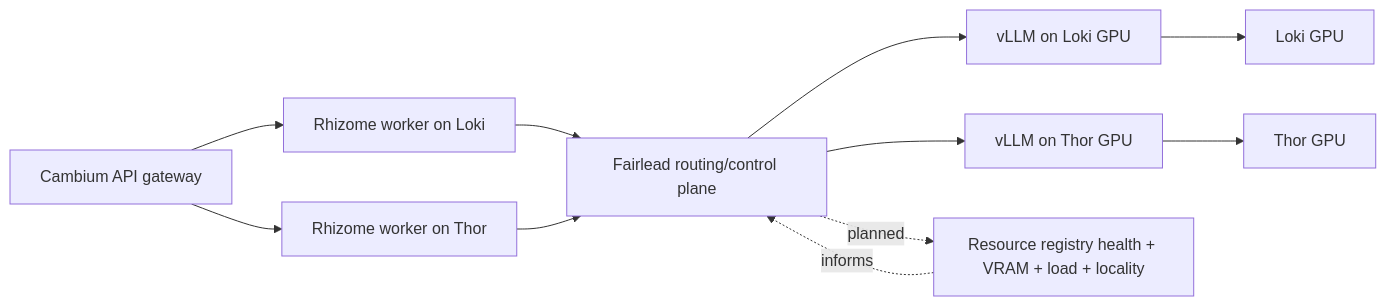
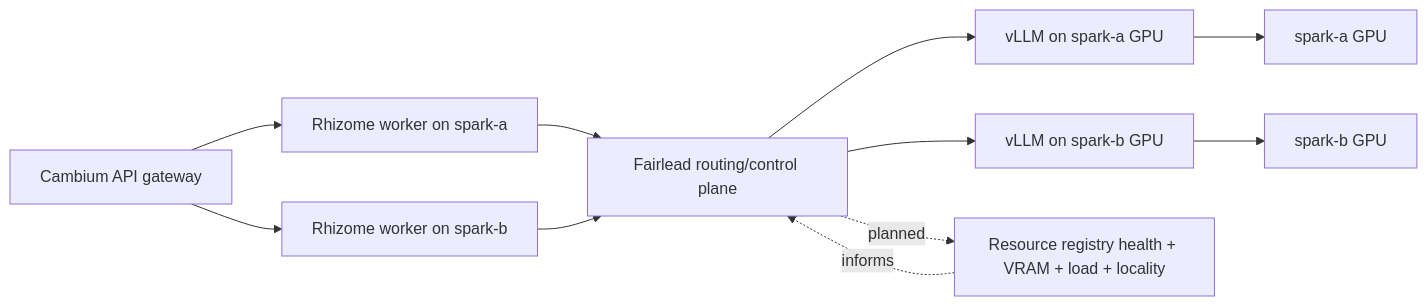
One commit to ybordag/fairlead changed the diagram in docs/architecture.md. Above: the diagram before and after it, drawn with Mermaid. The commit also changed other lines of this file and 9 other files, not shown here.

````diff
--- a/docs/architecture.md
+++ b/docs/architecture.md
@@ -127,17 +127,17 @@
 ```mermaid
 flowchart LR
-    cambium["Cambium API gateway"] --> rhizome_loki["Rhizome worker on Loki"]
-    cambium --> rhizome_thor["Rhizome worker on Thor"]
+    cambium["Cambium API gateway"] --> rhizome_a["Rhizome worker on spark-a"]
+    cambium --> rhizome_b["Rhizome worker on spark-b"]
 
-    rhizome_loki --> fairlead["Fairlead routing/control plane"]
-    rhizome_thor --> fairlead
+    rhizome_a --> fairlead["Fairlead routing/control plane"]
+    rhizome_b --> fairlead
 
-    fairlead --> vllm_loki["vLLM on Loki GPU"]
-    fairlead --> vllm_thor["vLLM on Thor GPU"]
+    fairlead --> vllm_a["vLLM on spark-a GPU"]
+    fairlead --> vllm_b["vLLM on spark-b GPU"]
 
-    vllm_loki --> gpu_loki["Loki GPU"]
-    vllm_thor --> gpu_thor["Thor GPU"]
+    vllm_a --> gpu_a["spark-a GPU"]
+    vllm_b --> gpu_b["spark-b GPU"]
 
     fairlead -. planned .-> registry["Resource registry health + VRAM + load + locality"]
     registry -. informs .-> fairlead
 ```
````
